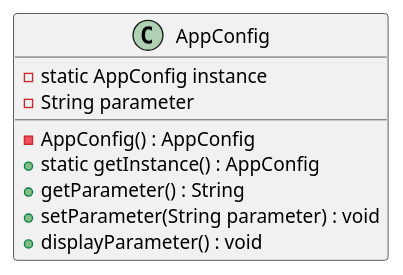
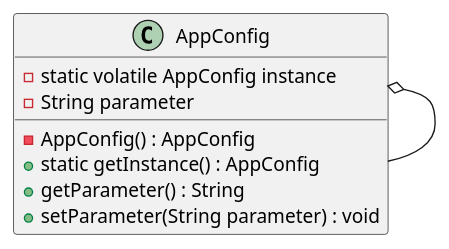
One commit to JMJTC/JavaStudy changed the diagram in src/designpattern/startuml/exp/ch01/exp01.puml. Above: the diagram before and after it, drawn with PlantUML. The commit also changed 8 other files, not shown here.

```diff
--- a/src/designpattern/startuml/exp/ch01/exp01.puml
+++ b/src/designpattern/startuml/exp/ch01/exp01.puml
@@ -1,11 +1,11 @@
 @startuml
 class AppConfig {
-    -static AppConfig instance
+    -static volatile AppConfig instance
     -String parameter
     -AppConfig() : AppConfig
     +static getInstance() : AppConfig
     +getParameter() : String
     +setParameter(String parameter) : void
-    +displayParameter() : void
 }
+AppConfig o--AppConfig
 @enduml
```
